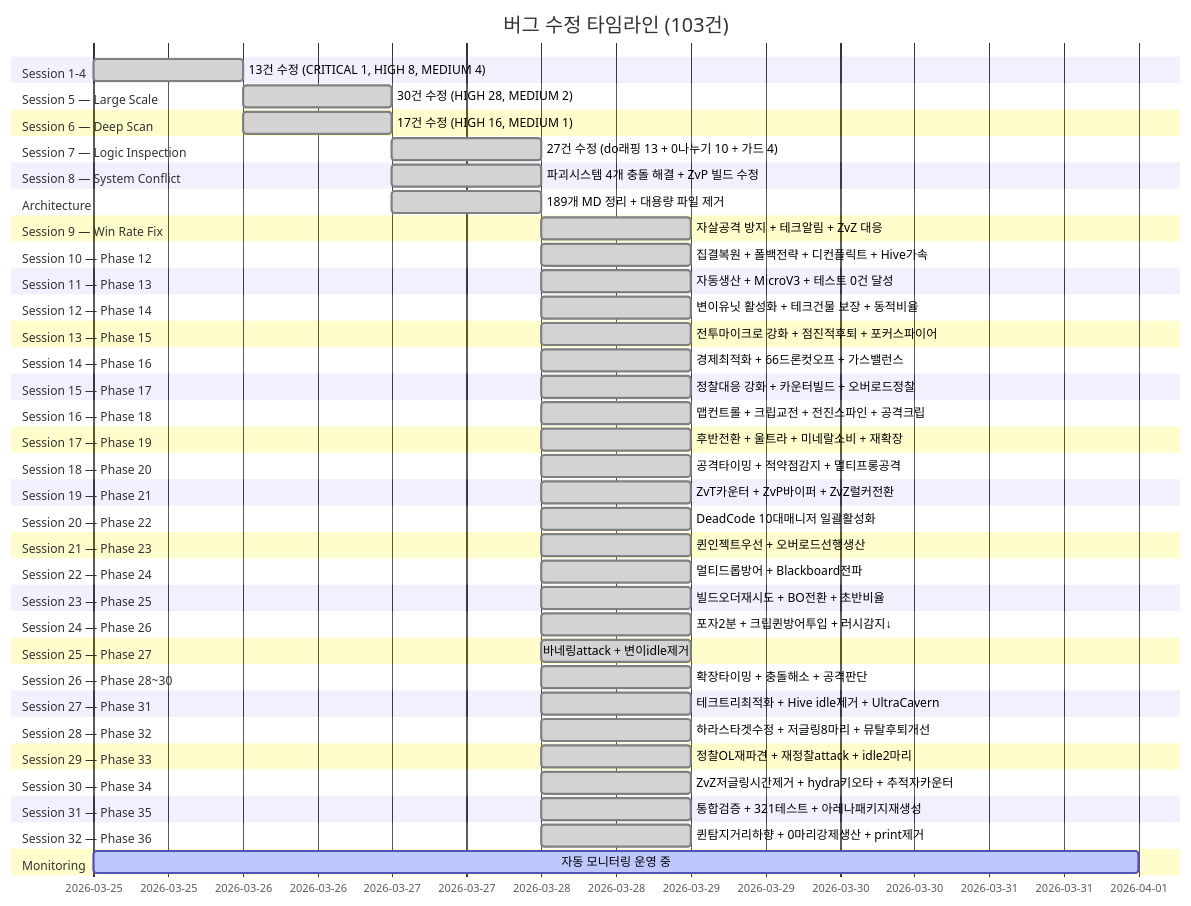
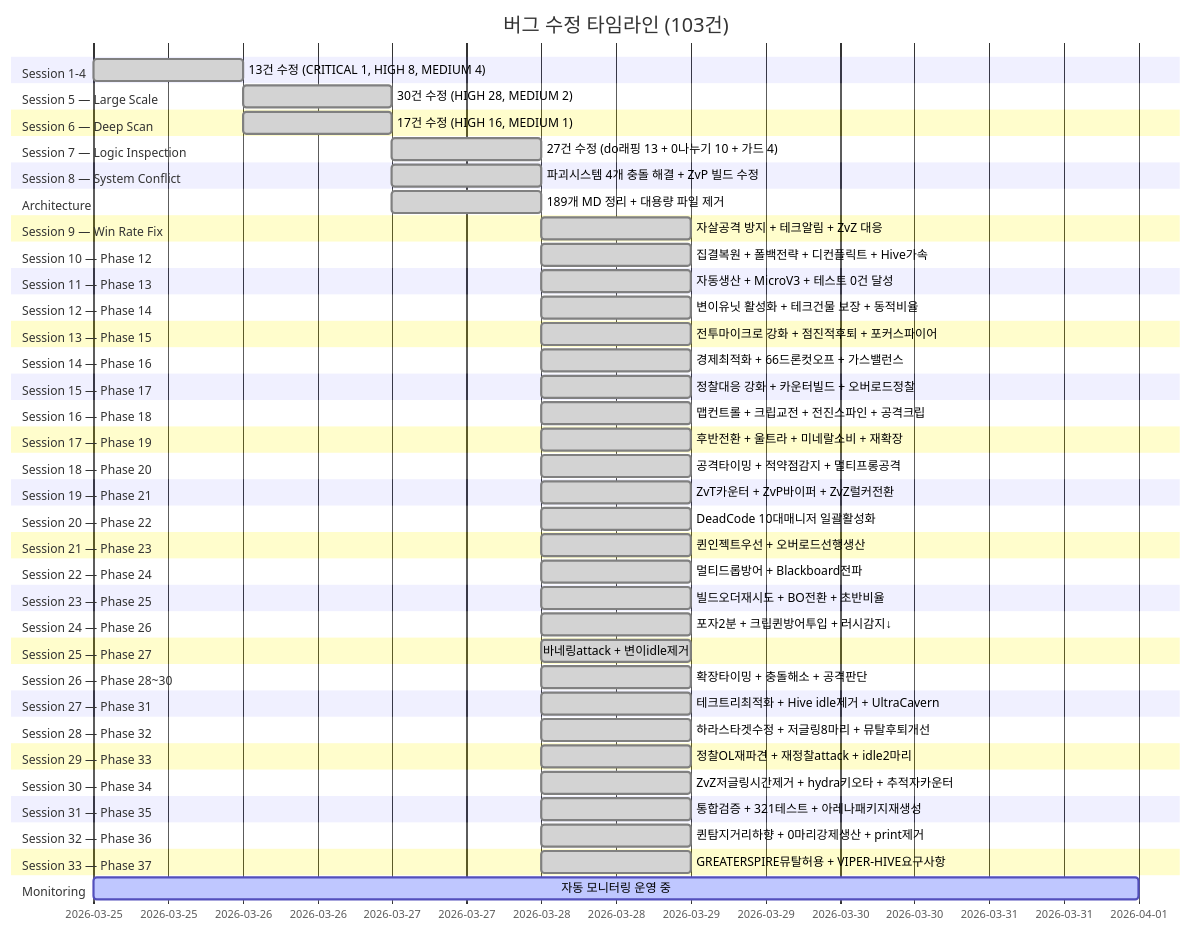
Diagram 23 of 31 in README.md (sun475300-sudo/Swarm-control-in-sc2bot), drawn with Mermaid before and after one commit. The commit also changed other lines of this file and 2 other files, not shown here.

Commit message:
feat: Phase 37 후반유닛전환최적화 — GREATERSPIRE뮤탈허용 + VIPER-HIVE요구사항

````diff
--- a/README.md
+++ b/README.md
@@ -633,67 +633,69 @@
 ```mermaid
 gantt
     title 버그 수정 타임라인 (103건)
     dateFormat YYYY-MM-DD
     section Session 1-4
         13건 수정 (CRITICAL 1, HIGH 8, MEDIUM 4)   :done, s1, 2026-03-25, 1d
     section Session 5 — Large Scale
         30건 수정 (HIGH 28, MEDIUM 2)              :done, s5, 2026-03-26, 1d
     section Session 6 — Deep Scan
         17건 수정 (HIGH 16, MEDIUM 1)              :done, s6, 2026-03-26, 1d
     section Session 7 — Logic Inspection
         27건 수정 (do래핑 13 + 0나누기 10 + 가드 4) :done, s7, 2026-03-27, 1d
     section Session 8 — System Conflict
         파괴시스템 4개 충돌 해결 + ZvP 빌드 수정    :done, s8, 2026-03-27, 1d
     section Architecture
         189개 MD 정리 + 대용량 파일 제거            :done, s9, 2026-03-27, 1d
     section Session 9 — Win Rate Fix
         자살공격 방지 + 테크알림 + ZvZ 대응         :done, s10, 2026-03-28, 1d
     section Session 10 — Phase 12
         집결복원 + 폴백전략 + 디컨플릭트 + Hive가속 :done, s11, 2026-03-28, 1d
     section Session 11 — Phase 13
         자동생산 + MicroV3 + 테스트 0건 달성       :done, s12, 2026-03-28, 1d
     section Session 12 — Phase 14
         변이유닛 활성화 + 테크건물 보장 + 동적비율  :done, s13, 2026-03-28, 1d
     section Session 13 — Phase 15
         전투마이크로 강화 + 점진적후퇴 + 포커스파이어 :done, s14, 2026-03-28, 1d
     section Session 14 — Phase 16
         경제최적화 + 66드론컷오프 + 가스밸런스     :done, s15, 2026-03-28, 1d
     section Session 15 — Phase 17
         정찰대응 강화 + 카운터빌드 + 오버로드정찰   :done, s16, 2026-03-28, 1d
     section Session 16 — Phase 18
         맵컨트롤 + 크립교전 + 전진스파인 + 공격크립 :done, s17, 2026-03-28, 1d
     section Session 17 — Phase 19
         후반전환 + 울트라 + 미네랄소비 + 재확장    :done, s18, 2026-03-28, 1d
     section Session 18 — Phase 20
         공격타이밍 + 적약점감지 + 멀티프롱공격     :done, s19, 2026-03-28, 1d
     section Session 19 — Phase 21
         ZvT카운터 + ZvP바이퍼 + ZvZ럴커전환      :done, s20, 2026-03-28, 1d
     section Session 20 — Phase 22
         DeadCode 10대매니저 일괄활성화            :done, s21, 2026-03-28, 1d
     section Session 21 — Phase 23
         퀸인젝트우선 + 오버로드선행생산          :done, s22, 2026-03-28, 1d
     section Session 22 — Phase 24
         멀티드롭방어 + Blackboard전파           :done, s23, 2026-03-28, 1d
     section Session 23 — Phase 25
         빌드오더재시도 + BO전환 + 초반비율     :done, s24, 2026-03-28, 1d
     section Session 24 — Phase 26
         포자2분 + 크립퀸방어투입 + 러시감지↓  :done, s25, 2026-03-28, 1d
     section Session 25 — Phase 27
         바네링attack + 변이idle제거         :done, s26, 2026-03-28, 1d
     section Session 26 — Phase 28~30
         확장타이밍 + 충돌해소 + 공격판단   :done, s27, 2026-03-28, 1d
     section Session 27 — Phase 31
         테크트리최적화 + Hive idle제거 + UltraCavern :done, s28, 2026-03-28, 1d
     section Session 28 — Phase 32
         하라스타겟수정 + 저글링8마리 + 뮤탈후퇴개선  :done, s29, 2026-03-28, 1d
     section Session 29 — Phase 33
         정찰OL재파견 + 재정찰attack + idle2마리    :done, s30, 2026-03-28, 1d
     section Session 30 — Phase 34
         ZvZ저글링시간제거 + hydra키오타 + 추적자카운터 :done, s31, 2026-03-28, 1d
     section Session 31 — Phase 35
         통합검증 + 321테스트 + 아레나패키지재생성   :done, s32, 2026-03-28, 1d
     section Session 32 — Phase 36
         퀸탐지거리하향 + 0마리강제생산 + print제거  :done, s33, 2026-03-28, 1d
+    section Session 33 — Phase 37
+        GREATERSPIRE뮤탈허용 + VIPER-HIVE요구사항  :done, s34, 2026-03-28, 1d
     section Monitoring
         자동 모니터링 운영 중                        :active, mon, 2026-03-25, 7d
 ```
````
